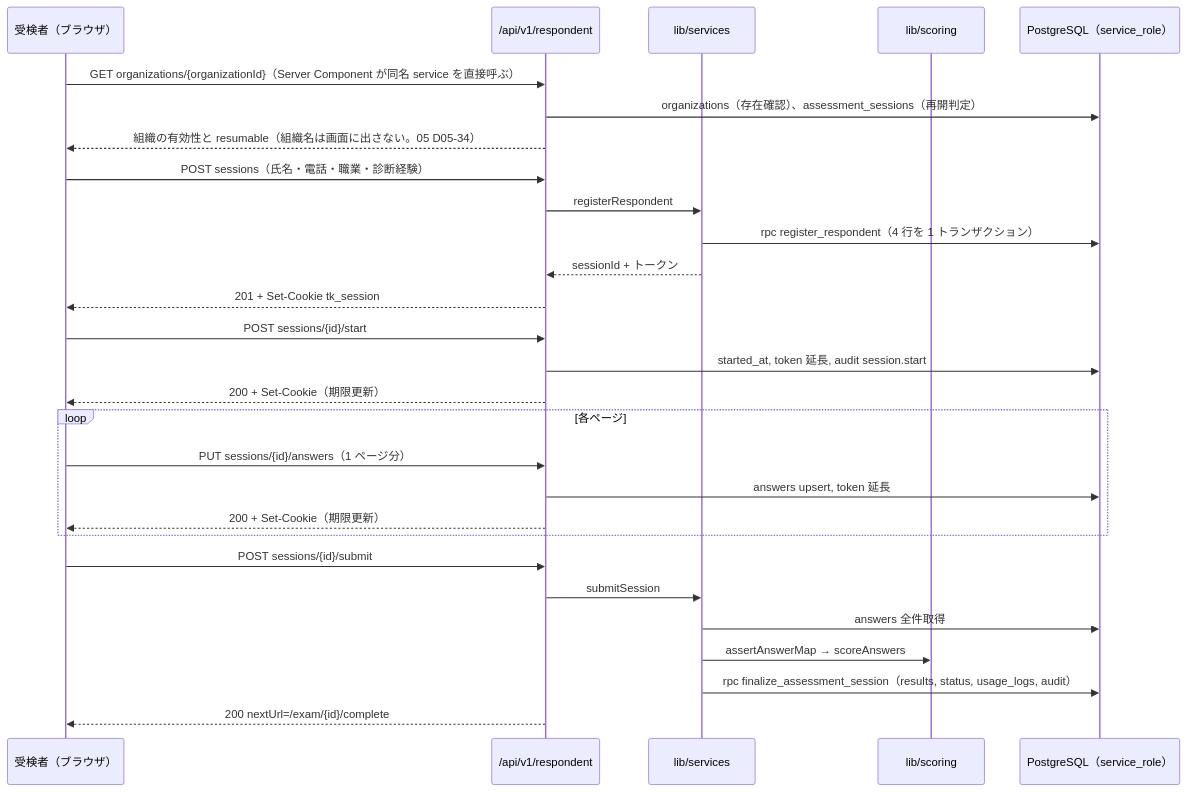
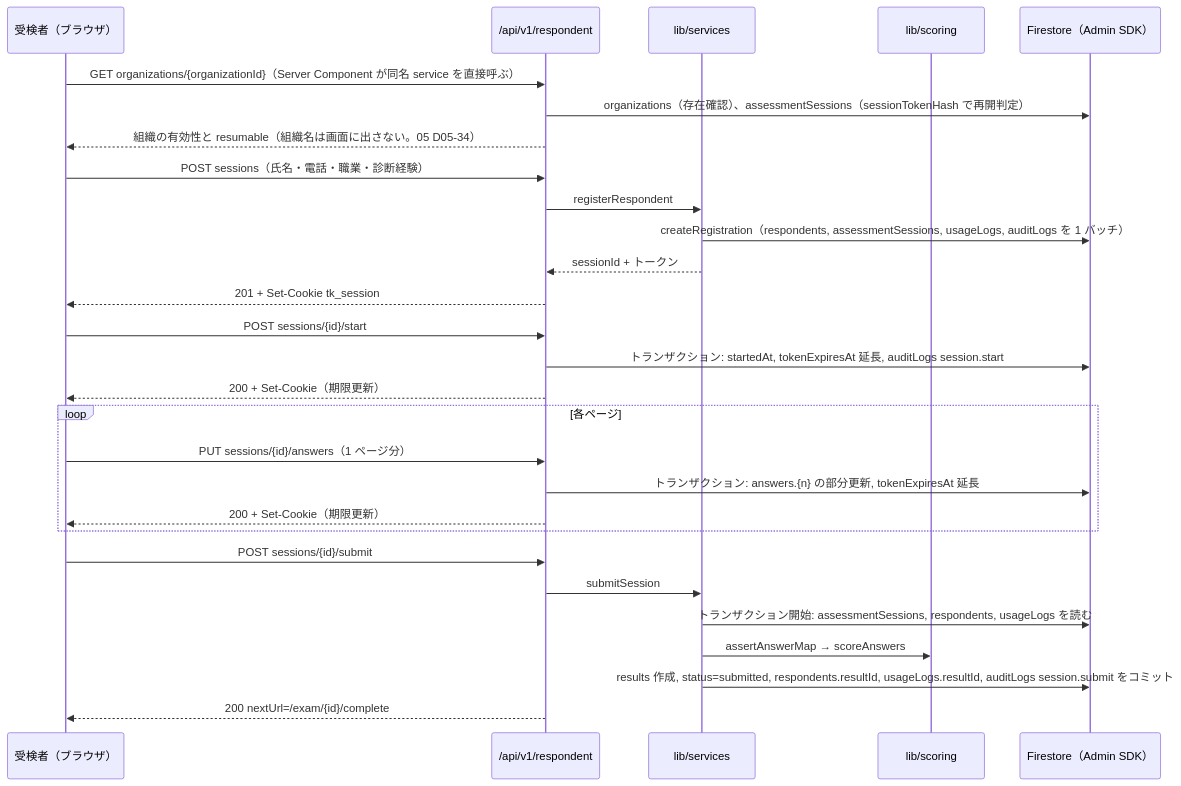
The third of 6 diagrams in docs/基本設計/04_API設計.md (tanukichiyamaguchi/Tekisei-Kensa), drawn with Mermaid before and after one commit. The commit also changed other lines of this file and 2 other files, not shown here.

````diff
--- a/docs/基本設計/04_API設計.md
+++ b/docs/基本設計/04_API設計.md
@@ -1139,30 +1203,30 @@
 ```mermaid
 sequenceDiagram
     participant R as 受検者（ブラウザ）
     participant API as /api/v1/respondent
     participant S as lib/services
     participant SC as lib/scoring
-    participant DB as PostgreSQL（service_role）
+    participant DB as Firestore（Admin SDK）
     R->>API: GET organizations/{organizationId}（Server Component が同名 service を直接呼ぶ）
-    API->>DB: organizations（存在確認）、assessment_sessions（再開判定）
+    API->>DB: organizations（存在確認）、assessmentSessions（sessionTokenHash で再開判定）
     API-->>R: 組織の有効性と resumable（組織名は画面に出さない。05 D05-34）
     R->>API: POST sessions（氏名・電話・職業・診断経験）
     API->>S: registerRespondent
-    S->>DB: rpc register_respondent（4 行を 1 トランザクション）
+    S->>DB: createRegistration（respondents, assessmentSessions, usageLogs, auditLogs を 1 バッチ）
     S-->>API: sessionId + トークン
     API-->>R: 201 + Set-Cookie tk_session
     R->>API: POST sessions/{id}/start
-    API->>DB: started_at, token 延長, audit session.start
+    API->>DB: トランザクション: startedAt, tokenExpiresAt 延長, auditLogs session.start
     API-->>R: 200 + Set-Cookie（期限更新）
     loop 各ページ
         R->>API: PUT sessions/{id}/answers（1 ページ分）
-        API->>DB: answers upsert, token 延長
+        API->>DB: トランザクション: answers.{n} の部分更新, tokenExpiresAt 延長
         API-->>R: 200 + Set-Cookie（期限更新）
     end
     R->>API: POST sessions/{id}/submit
     API->>S: submitSession
-    S->>DB: answers 全件取得
+    S->>DB: トランザクション開始: assessmentSessions, respondents, usageLogs を読む
     S->>SC: assertAnswerMap → scoreAnswers
-    S->>DB: rpc finalize_assessment_session（results, status, usage_logs, audit）
+    S->>DB: results 作成, status=submitted, respondents.resultId, usageLogs.resultId, auditLogs session.submit をコミット
     API-->>R: 200 nextUrl=/exam/{id}/complete
 ```
````
